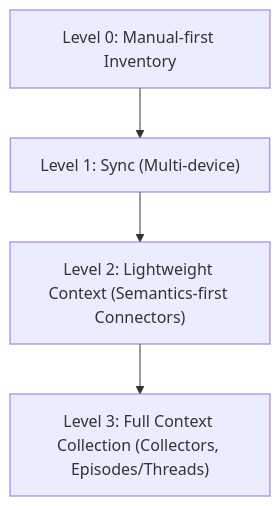
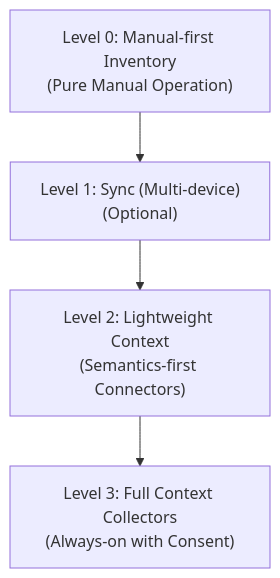
One commit to asukhodko/timeskein changed the third of 4 diagrams in .qoder/repowiki/en/content/Development Roadmap.md. Above: the diagram before and after it, drawn with Mermaid. The commit also changed other lines of this file and 8 other files, not shown here.

First line of the commit message:
docs(architecture): adopt manual-first philosophy as core architectural foundation

````diff
--- a/.qoder/repowiki/en/content/Development Roadmap.md
+++ b/.qoder/repowiki/en/content/Development Roadmap.md
@@ -207,6 +255,6 @@
 ```mermaid
 flowchart TD
-L0["Level 0: Manual-first Inventory"] --> L1["Level 1: Sync (Multi-device)"]
-L1 --> L2["Level 2: Lightweight Context (Semantics-first Connectors)"]
-L2 --> L3["Level 3: Full Context Collection (Collectors, Episodes/Threads)"]
+L0["Level 0: Manual-first Inventory<br/>(Pure Manual Operation)"] --> L1["Level 1: Sync (Multi-device)<br/>(Optional)"]
+L1 --> L2["Level 2: Lightweight Context<br/>(Semantics-first Connectors)"]
+L2 --> L3["Level 3: Full Context Collectors<br/>(Always-on with Consent)"]
 ```
````
